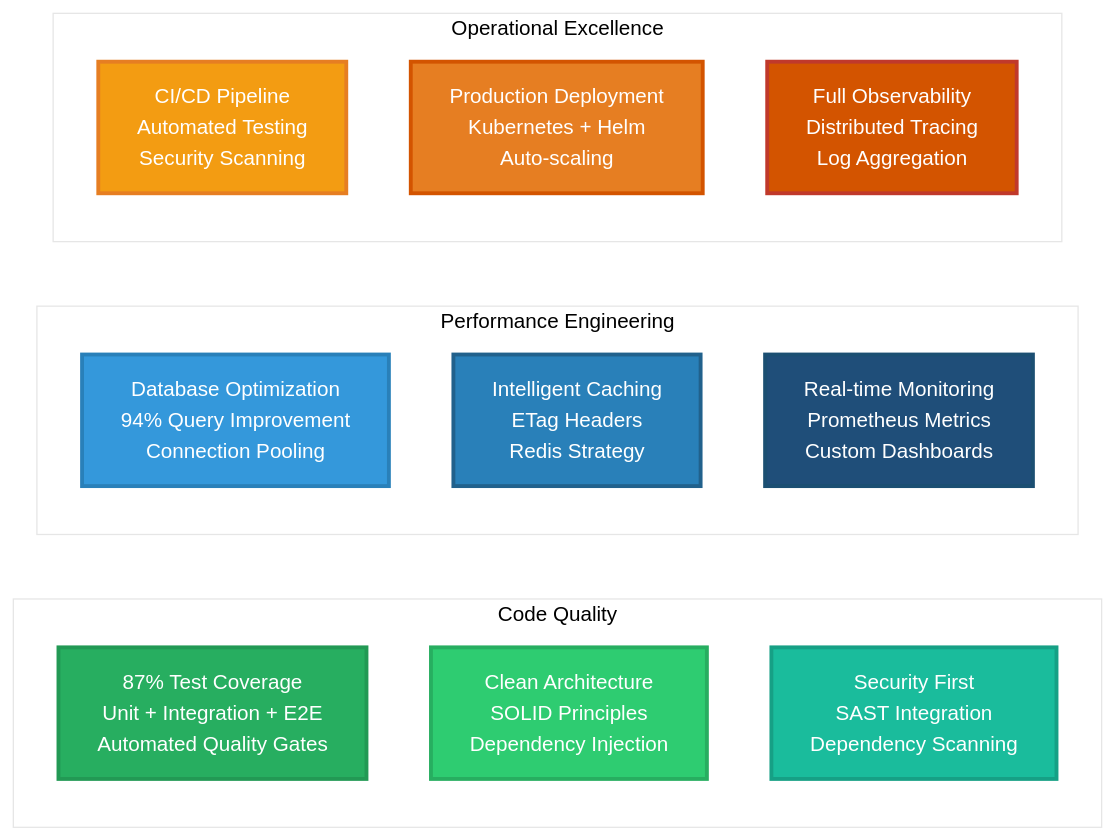
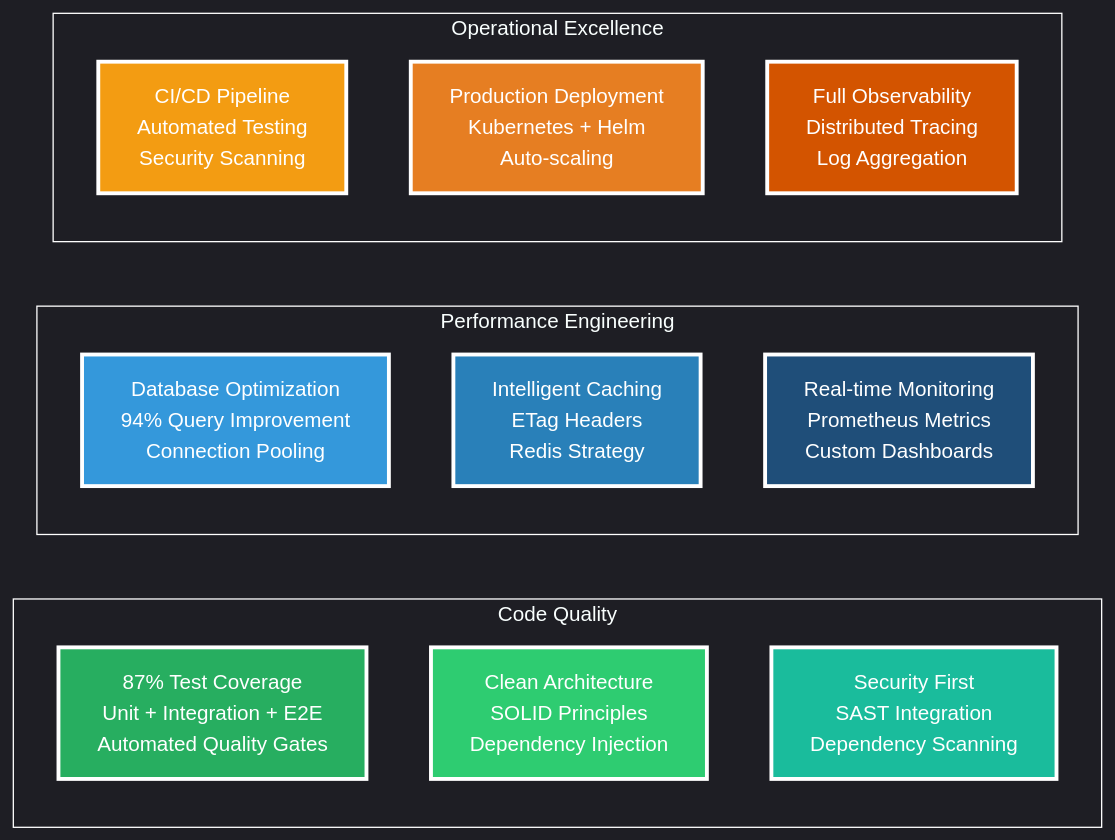
One commit to PriscillaOng12/AI-Code-Review-Squad changed diagram 11 of 20 in README.md. Above: the diagram before and after it, drawn with Mermaid. The commit also changed other lines of this file, not shown here.

````diff
--- a/README.md
+++ b/README.md
@@ -377,33 +377,33 @@
 ```mermaid
-%%{init: {'theme': 'base', 'themeVariables': {'primaryColor': '#ffffff', 'primaryTextColor': '#2c3e50', 'primaryBorderColor': '#2c3e50', 'lineColor': '#34495e', 'secondaryColor': '#ffffff', 'tertiaryColor': '#ffffff', 'background': '#ffffff', 'mainBkg': '#ffffff', 'secondBkg': '#ffffff', 'tertiaryBkg': '#ffffff'}}}%%
+%%{init: {'theme': 'dark', 'themeVariables': {'primaryColor': 'transparent', 'primaryTextColor': '#ffffff', 'primaryBorderColor': '#ffffff', 'lineColor': '#ffffff', 'secondaryColor': 'transparent', 'tertiaryColor': 'transparent', 'background': 'transparent', 'mainBkg': 'transparent', 'secondBkg': 'transparent', 'tertiaryBkg': 'transparent', 'clusterBkg': 'transparent', 'clusterBorder': '#ffffff', 'edgeLabelBackground': 'transparent'}}}%%
 graph LR
     subgraph "Code Quality"
         COVERAGE[87% Test Coverage<br/>Unit + Integration + E2E<br/>Automated Quality Gates]
         ARCHITECTURE[Clean Architecture<br/>SOLID Principles<br/>Dependency Injection]
         SECURITY[Security First<br/>SAST Integration<br/>Dependency Scanning]
     end
     
     subgraph "Performance Engineering"  
         OPTIMIZATION[Database Optimization<br/>94% Query Improvement<br/>Connection Pooling]
         CACHING[Intelligent Caching<br/>ETag Headers<br/>Redis Strategy]
         MONITORING[Real-time Monitoring<br/>Prometheus Metrics<br/>Custom Dashboards]
     end
     
     subgraph "Operational Excellence"
         CICD[CI/CD Pipeline<br/>Automated Testing<br/>Security Scanning]
         DEPLOY[Production Deployment<br/>Kubernetes + Helm<br/>Auto-scaling]
         OBSERVABILITY[Full Observability<br/>Distributed Tracing<br/>Log Aggregation]
     end
     
-    style COVERAGE fill:#27ae60,stroke:#229954,stroke-width:3px,color:#ffffff
-    style ARCHITECTURE fill:#2ecc71,stroke:#27ae60,stroke-width:3px,color:#ffffff
-    style SECURITY fill:#1abc9c,stroke:#16a085,stroke-width:3px,color:#ffffff
+    style COVERAGE fill:#27ae60,stroke:#ffffff,stroke-width:3px,color:#ffffff
+    style ARCHITECTURE fill:#2ecc71,stroke:#ffffff,stroke-width:3px,color:#ffffff
+    style SECURITY fill:#1abc9c,stroke:#ffffff,stroke-width:3px,color:#ffffff
     
-    style OPTIMIZATION fill:#3498db,stroke:#2980b9,stroke-width:3px,color:#ffffff
-    style CACHING fill:#2980b9,stroke:#21618c,stroke-width:3px,color:#ffffff
-    style MONITORING fill:#1f4e79,stroke:#1b4f72,stroke-width:3px,color:#ffffff
+    style OPTIMIZATION fill:#3498db,stroke:#ffffff,stroke-width:3px,color:#ffffff
+    style CACHING fill:#2980b9,stroke:#ffffff,stroke-width:3px,color:#ffffff
+    style MONITORING fill:#1f4e79,stroke:#ffffff,stroke-width:3px,color:#ffffff
     
-    style CICD fill:#f39c12,stroke:#e67e22,stroke-width:3px,color:#ffffff
-    style DEPLOY fill:#e67e22,stroke:#d35400,stroke-width:3px,color:#ffffff
-    style OBSERVABILITY fill:#d35400,stroke:#c0392b,stroke-width:3px,color:#ffffff
+    style CICD fill:#f39c12,stroke:#ffffff,stroke-width:3px,color:#ffffff
+    style DEPLOY fill:#e67e22,stroke:#ffffff,stroke-width:3px,color:#ffffff
+    style OBSERVABILITY fill:#d35400,stroke:#ffffff,stroke-width:3px,color:#ffffff
 ```
````
